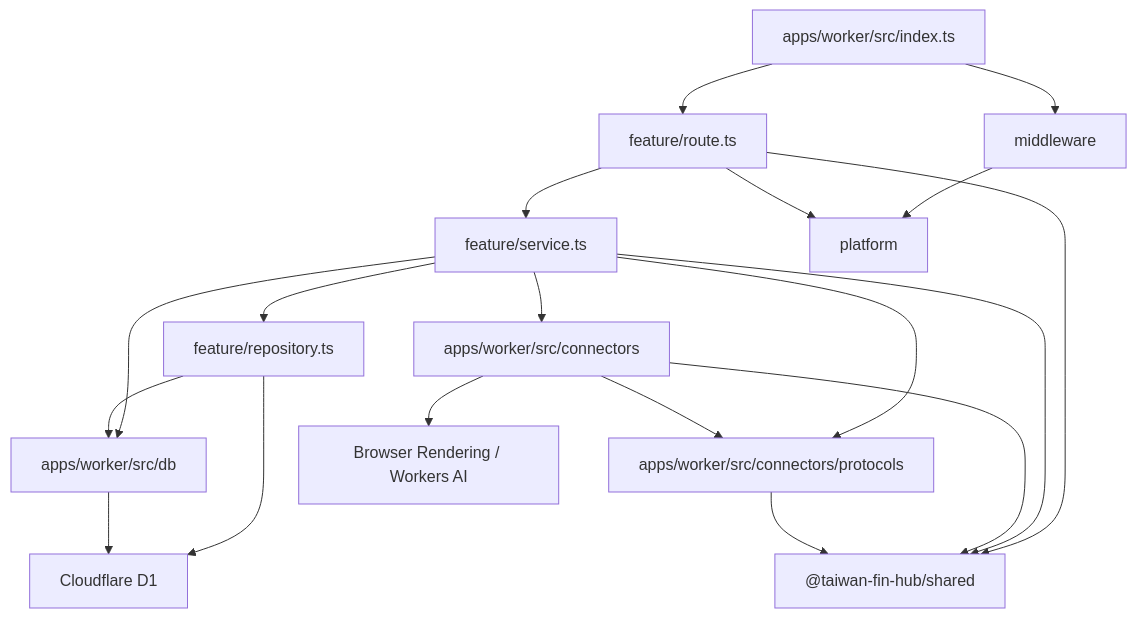
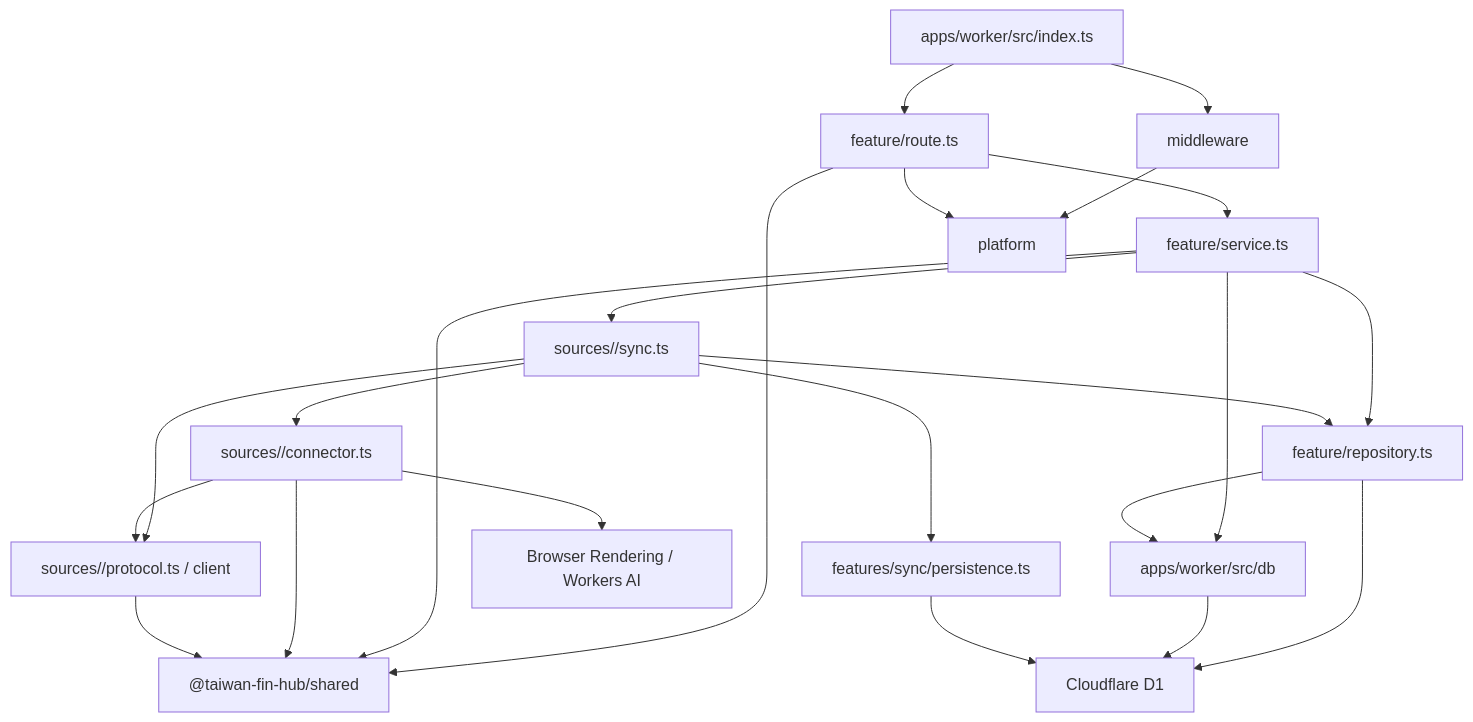
One commit to Austinsuyoyo/all-set-tw-fork changed the first of 2 diagrams in docs/002-backend-architecture.md. Above: the diagram before and after it, drawn with Mermaid. The commit also changed other lines of this file and 170 other files, not shown here.

````diff
--- a/docs/002-backend-architecture.md
+++ b/docs/002-backend-architecture.md
@@ -74,37 +78,43 @@
 ```mermaid
 flowchart TD
     Index["apps/worker/src/index.ts"]
     Middleware["middleware"]
     FeatureRoute["feature/route.ts"]
     FeatureService["feature/service.ts"]
     FeatureRepository["feature/repository.ts"]
-    WorkerConnector["apps/worker/src/connectors"]
+    SourceSync["sources/<connectorId>/sync.ts"]
+    WorkerConnector["sources/<connectorId>/connector.ts"]
+    SyncPersistence["features/sync/persistence.ts"]
     Platform["platform"]
     Shared["@taiwan-fin-hub/shared"]
-    Connectors["apps/worker/src/connectors/protocols"]
+    Connectors["sources/<connectorId>/protocol.ts / client"]
     DB["apps/worker/src/db"]
     D1["Cloudflare D1"]
     Browser["Browser Rendering / Workers AI"]
 
     Index --> Middleware
     Index --> FeatureRoute
 
     Middleware --> Platform
     FeatureRoute --> Platform
     FeatureRoute --> FeatureService
     FeatureService --> FeatureRepository
-    FeatureService --> WorkerConnector
-    FeatureService --> Connectors
+    FeatureService --> SourceSync
     FeatureService --> DB
 
     FeatureRepository --> DB
     FeatureRepository --> D1
     DB --> D1
+    SourceSync --> WorkerConnector
+    SourceSync --> Connectors
+    SourceSync --> SyncPersistence
+    SourceSync --> FeatureRepository
+    SyncPersistence --> D1
     WorkerConnector --> Browser
     WorkerConnector --> Connectors
 
     FeatureRoute --> Shared
     FeatureService --> Shared
     WorkerConnector --> Shared
     Connectors --> Shared
 ```
````
